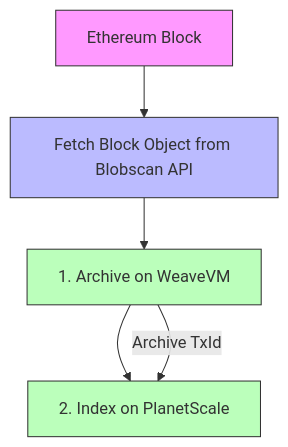
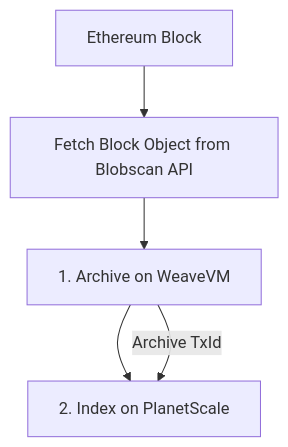
One commit to weaveVM/wvm-blobscan changed the diagram in README.md. Above: the diagram before and after it, drawn with Mermaid.

Commit message:
docs: fix github mermain error

````diff
--- a/README.md
+++ b/README.md
@@ -33,13 +33,12 @@
 ```mermaid
 graph TD
-    A[Ethereum Block] --> B[Fetch Block Object from Blobscan API]
-    B --> C[1. Archive on WeaveVM]
-    C --> D[2. Index on PlanetScale]
+    A[Ethereum Block]
+    B[Fetch Block Object from Blobscan API]
+    C[1. Archive on WeaveVM]
+    D[2. Index on PlanetScale]
 
+    A --> B
+    B --> C
+    C --> D
     C -- Archive TxId --> D
-    
-    style A fill:#f9f,stroke:#333
-    style B fill:#bbf,stroke:#333
-    style C fill:#bfb,stroke:#333
-    style D fill:#bfb,stroke:#333
 ```
````
